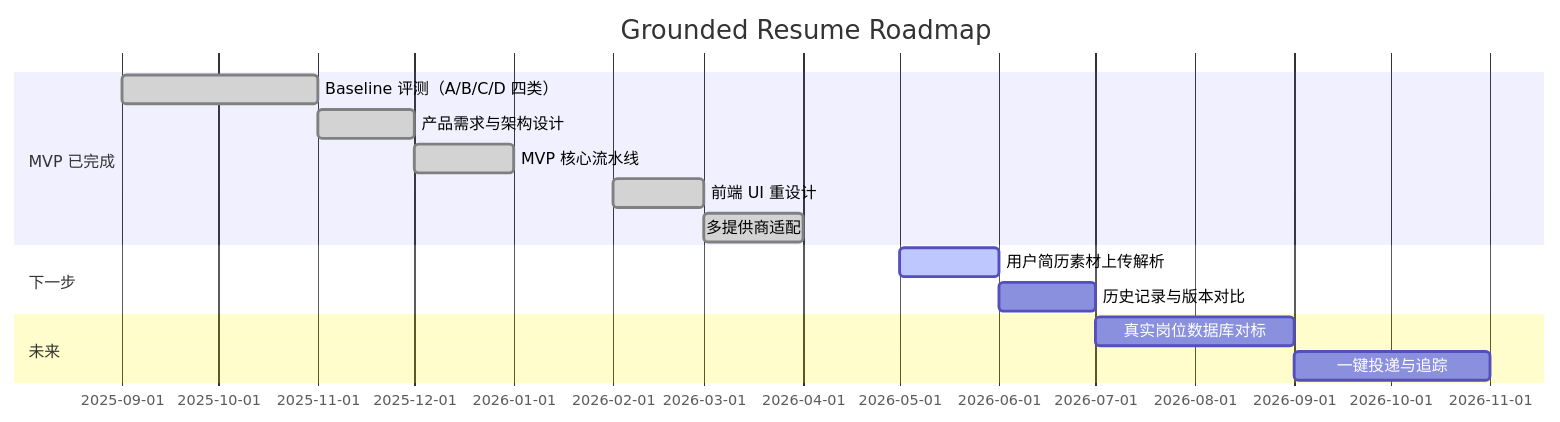
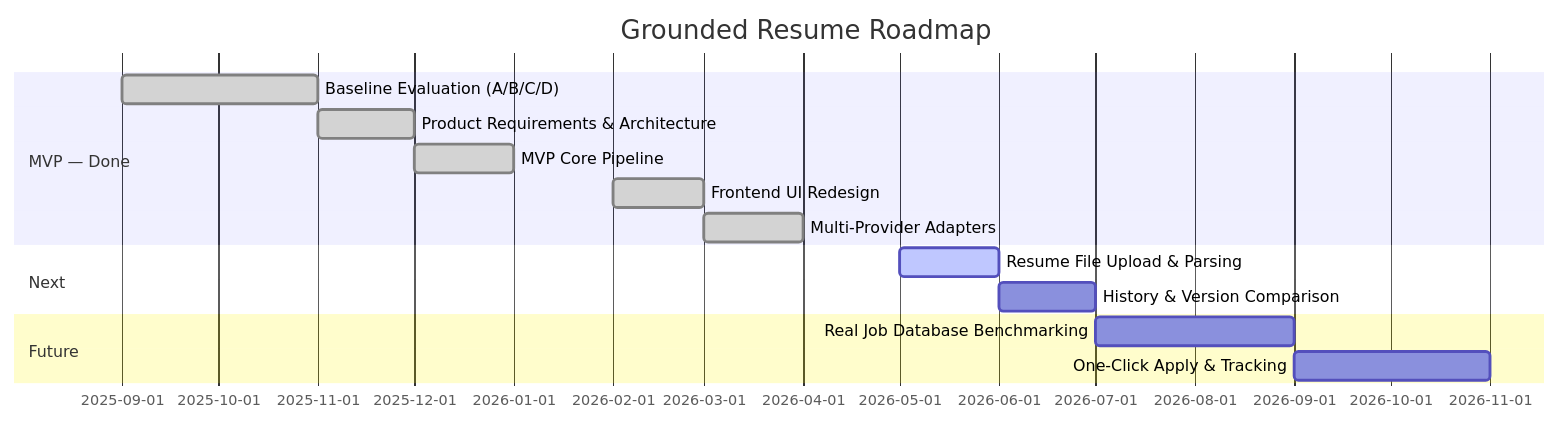
Before and after one commit to Billkst/grounded-resume: the second of 2 diagrams in README.md, drawn with Mermaid. The commit also changed other lines of this file and 1 other file, not shown here.

````diff
--- a/README.md
+++ b/README.md
@@ -280,17 +283,17 @@
 ```mermaid
 gantt
     title Grounded Resume Roadmap
     dateFormat  YYYY-MM
-    section MVP 已完成
-    Baseline 评测（A/B/C/D 四类）     :done, base, 2025-09, 2025-11
-    产品需求与架构设计                :done, design, 2025-11, 2025-12
-    MVP 核心流水线                    :done, mvp, 2025-12, 2026-01
-    前端 UI 重设计                   :done, ui, 2026-02, 2026-03
-    多提供商适配                      :done, prov, 2026-03, 2026-04
-    section 下一步
-    用户简历素材上传解析              :active, upload, 2026-05, 2026-06
-    历史记录与版本对比                :history, 2026-06, 2026-07
-    section 未来
-    真实岗位数据库对标                :benchmark, 2026-07, 2026-09
-    一键投递与追踪                   :tracking, 2026-09, 2026-11
+    section MVP — Done
+    Baseline Evaluation (A/B/C/D)       :done, base, 2025-09, 2025-11
+    Product Requirements & Architecture :done, design, 2025-11, 2025-12
+    MVP Core Pipeline                   :done, mvp, 2025-12, 2026-01
+    Frontend UI Redesign                :done, ui, 2026-02, 2026-03
+    Multi-Provider Adapters             :done, prov, 2026-03, 2026-04
+    section Next
+    Resume File Upload & Parsing        :active, upload, 2026-05, 2026-06
+    History & Version Comparison        :history, 2026-06, 2026-07
+    section Future
+    Real Job Database Benchmarking      :benchmark, 2026-07, 2026-09
+    One-Click Apply & Tracking          :tracking, 2026-09, 2026-11
 ```
````
